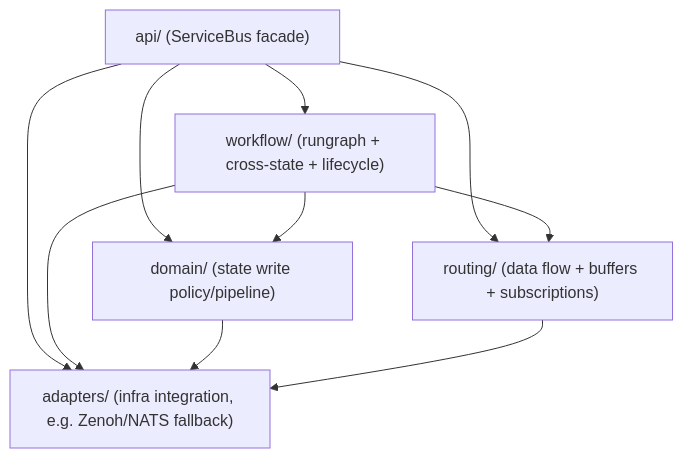
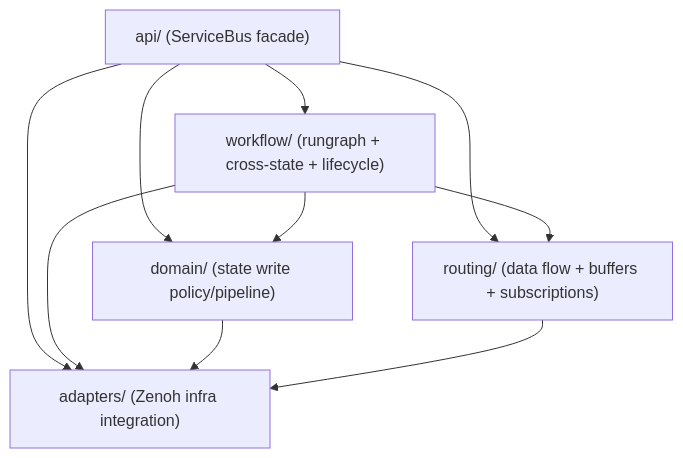
Before and after one commit to FrogThe2nd/f8studio: the seventh of 7 diagrams in docs/deepdives/comm_bus.md, drawn with Mermaid. The commit also changed other lines of this file and 60 other files, not shown here.

````diff
--- a/docs/deepdives/comm_bus.md
+++ b/docs/deepdives/comm_bus.md
@@ -421,20 +409,20 @@
 ``` mermaid
 flowchart TB
   API["api/ (ServiceBus facade)"]
   WF["workflow/ (rungraph + cross-state + lifecycle)"]
   DOM["domain/ (state write policy/pipeline)"]
   ROUTE["routing/ (data flow + buffers + subscriptions)"]
-  AD["adapters/ (infra integration, e.g. Zenoh/NATS fallback)"]
+  AD["adapters/ (Zenoh infra integration)"]
 
   API --> WF
   API --> DOM
   API --> ROUTE
   API --> AD
 
   WF --> DOM
   WF --> ROUTE
   WF --> AD
 
   DOM --> AD
   ROUTE --> AD
 ```
````
